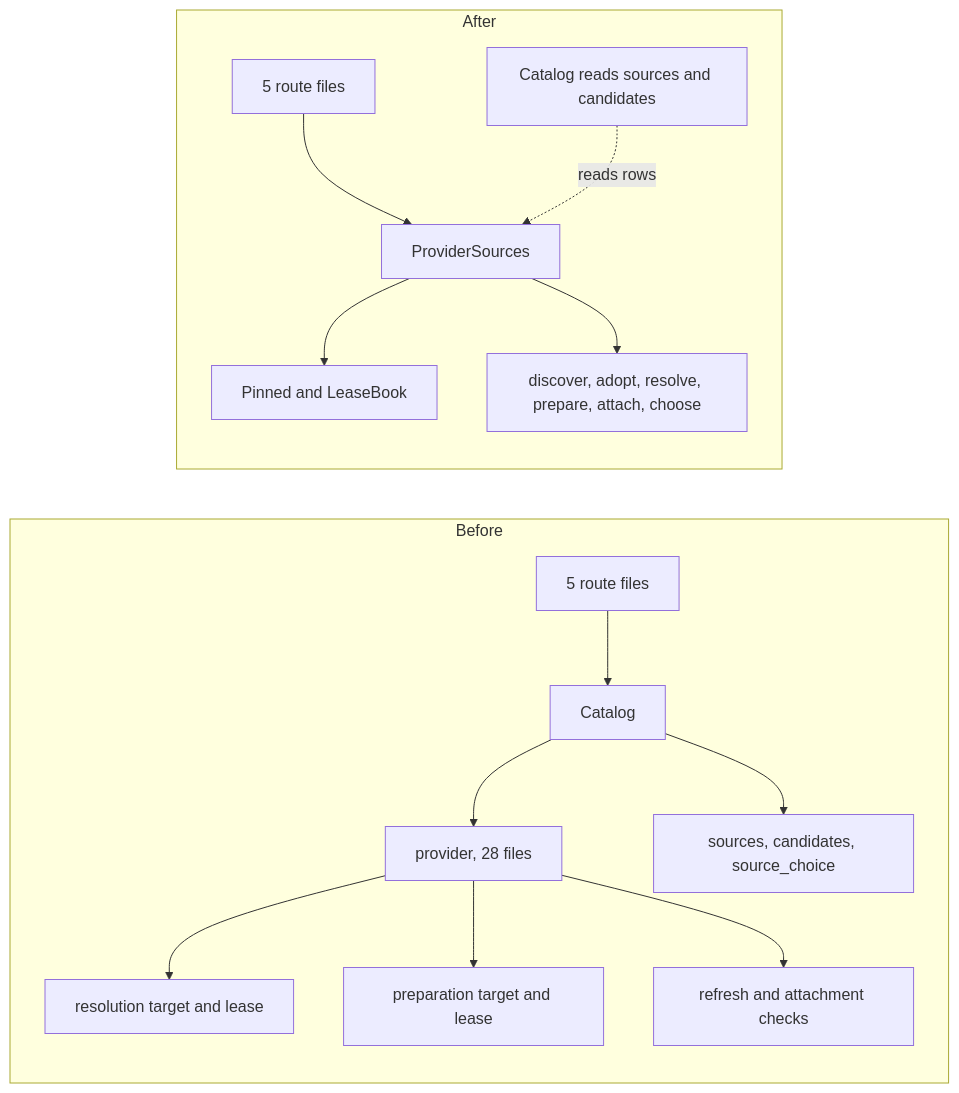
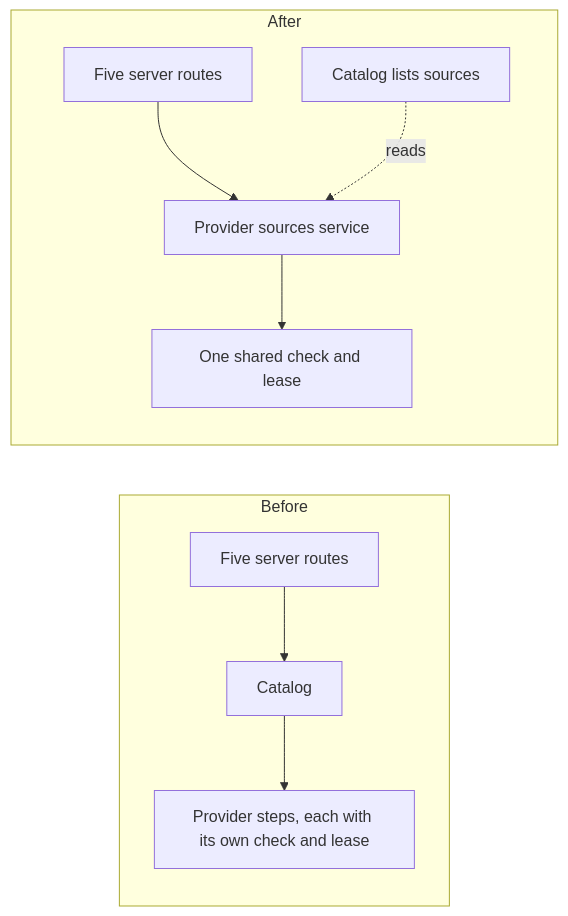
The diagram in docs/rfcs/0001-provider-source-lifecycle.md (acidiney/hitoapp), drawn with Mermaid before and after one commit. The commit also changed other lines of this file and 4 other files, not shown here.

````diff
--- a/docs/rfcs/0001-provider-source-lifecycle.md
+++ b/docs/rfcs/0001-provider-source-lifecycle.md
@@ -132,17 +58,12 @@
 ```mermaid
 flowchart LR
   subgraph Before
-    R1[5 route files] --> C1[Catalog]
-    C1 --> P1[provider, 28 files]
-    C1 --> S1[sources, candidates, source_choice]
-    P1 --> A1[resolution target and lease]
-    P1 --> A2[preparation target and lease]
-    P1 --> A3[refresh and attachment checks]
+    R1[Five server routes] --> C1[Catalog]
+    C1 --> P1[Provider steps, each with its own check and lease]
   end
   subgraph After
-    R2[5 route files] --> PS[ProviderSources]
-    PS --> K[Pinned and LeaseBook]
-    PS --> V[discover, adopt, resolve, prepare, attach, choose]
-    C2[Catalog reads sources and candidates] -.reads rows.-> PS
+    R2[Five server routes] --> PS[Provider sources service]
+    PS --> K[One shared check and lease]
+    C2[Catalog lists sources] -.reads.-> PS
   end
 ```
````
